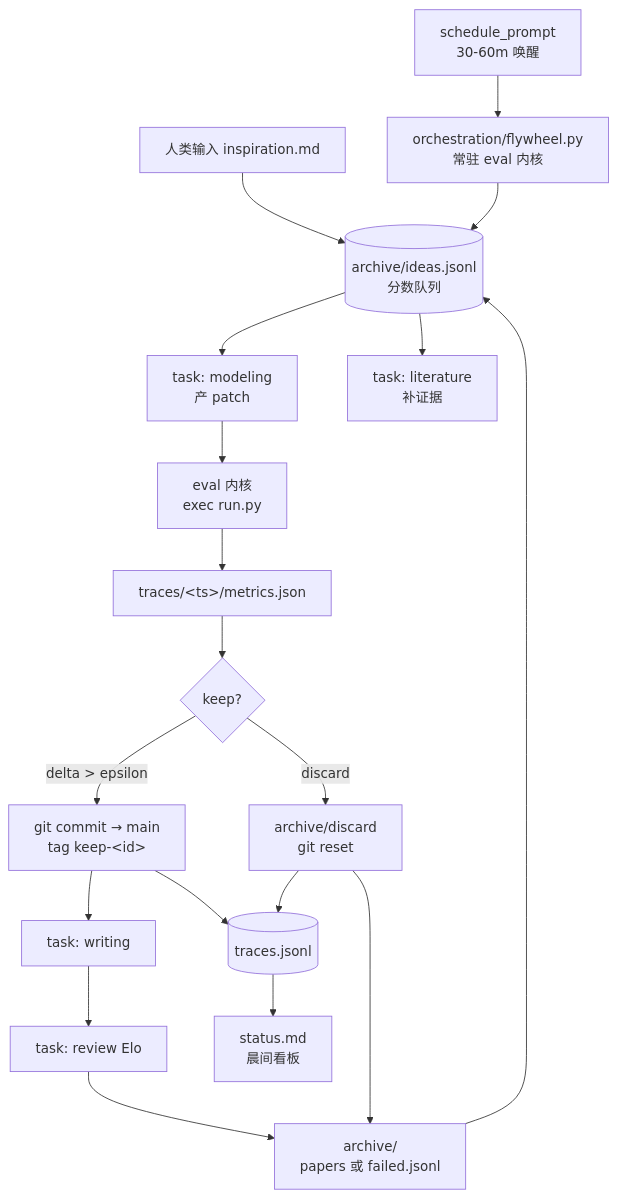
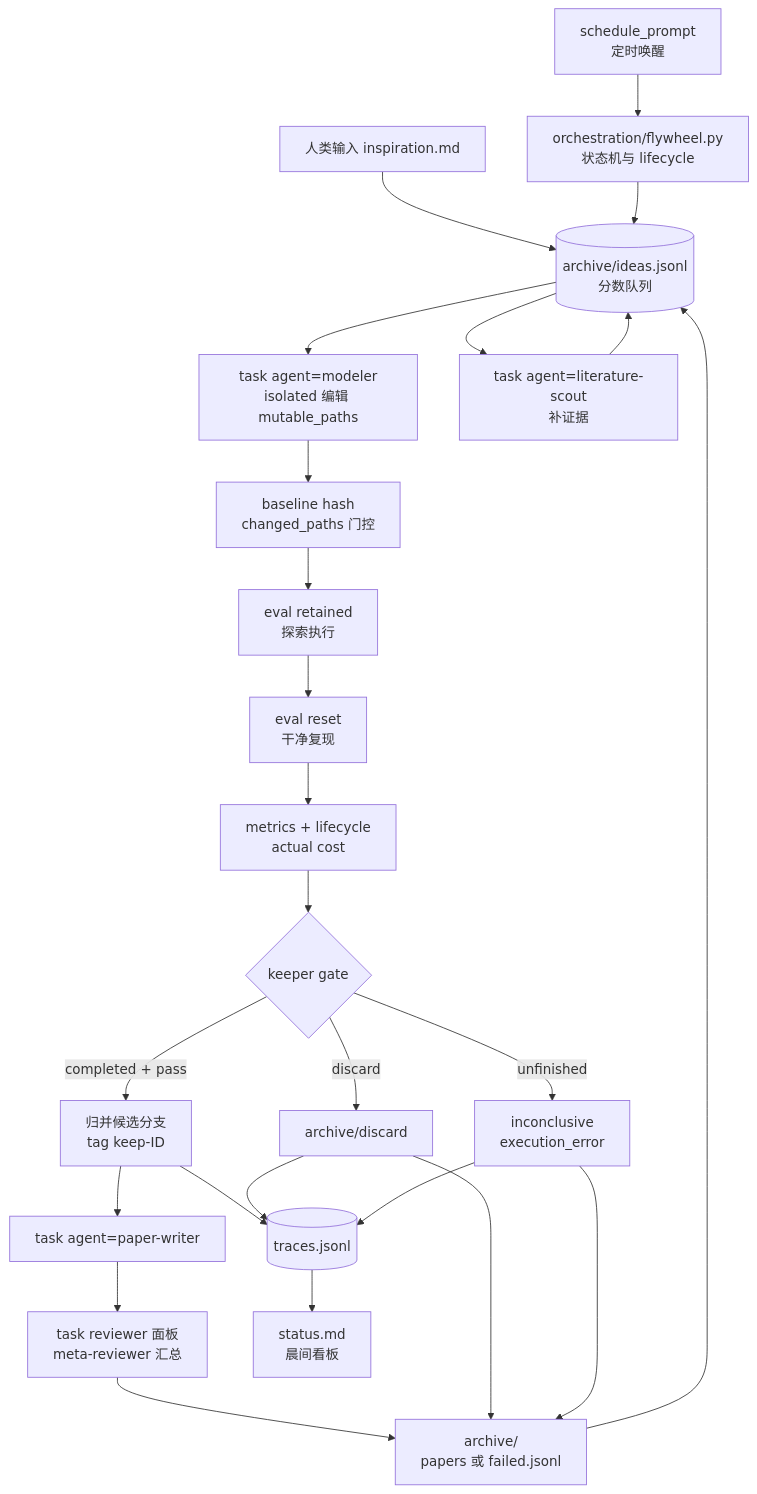
The first of 3 diagrams in template/02-harness-wiring.md (dbydd/research-flywheel), drawn with Mermaid before and after one commit. The commit also changed other lines of this file and 10 other files, not shown here.

````diff
--- a/template/02-harness-wiring.md
+++ b/template/02-harness-wiring.md
@@ -16,27 +16,33 @@
 ```mermaid
 flowchart TB
-    Sched[schedule_prompt<br/>30-60m 唤醒]
+    Sched[schedule_prompt<br/>定时唤醒]
     Human[人类输入 inspiration.md]
     Pool[(archive/ideas.jsonl<br/>分数队列)]
-    Fly[orchestration/flywheel.py<br/>常驻 eval 内核]
+    Fly[orchestration/flywheel.py<br/>状态机与 lifecycle]
 
     Sched --> Fly
     Human --> Pool
     Fly --> Pool
 
-    Pool --> T1[task: modeling<br/>产 patch]
-    Pool --> T2[task: literature<br/>补证据]
-    T1 --> Eval[eval 内核<br/>exec run.py]
-    Eval --> Metrics[traces/&lt;ts&gt;/metrics.json]
-    Metrics --> Gate{keep?}
-    Gate -->|delta > epsilon| Merge[git commit → main<br/>tag keep-&lt;id&gt;]
-    Gate -->|discard| Drop[archive/discard<br/>git reset]
-    Merge --> TW[task: writing]
-    TW --> TR[task: review Elo]
+    Pool --> T1[task agent=modeler<br/>isolated 编辑 mutable_paths]
+    Pool --> T2[task agent=literature-scout<br/>补证据]
+    T2 --> Pool
+    T1 --> Gate[baseline hash<br/>changed_paths 门控]
+    Gate --> Explore[eval retained<br/>探索执行]
+    Explore --> Clean[eval reset<br/>干净复现]
+    Clean --> Metrics[metrics + lifecycle<br/>actual cost]
+    Metrics --> Keep{keeper gate}
+    Keep -->|completed + pass| Merge[归并候选分支<br/>tag keep-ID]
+    Keep -->|discard| Drop[archive/discard]
+    Keep -->|unfinished| Unfinished[inconclusive<br/>execution_error]
+    Merge --> TW[task agent=paper-writer]
+    TW --> TR[task reviewer 面板<br/>meta-reviewer 汇总]
     TR --> Archive[archive/<br/>papers 或 failed.jsonl]
     Drop --> Archive
+    Unfinished --> Archive
     Archive --> Pool
     Merge --> Trace[(traces.jsonl)]
     Drop --> Trace
+    Unfinished --> Trace
     Trace --> Status[status.md<br/>晨间看板]
 ```
````
